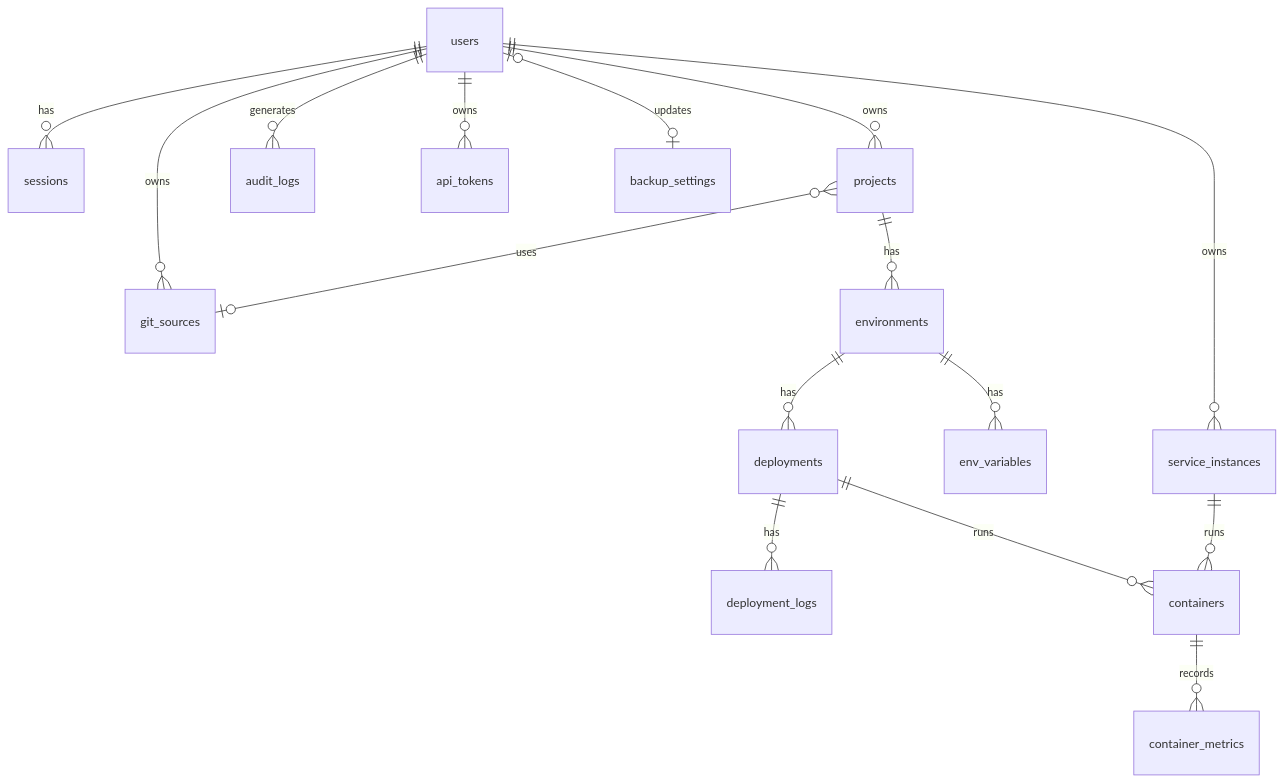
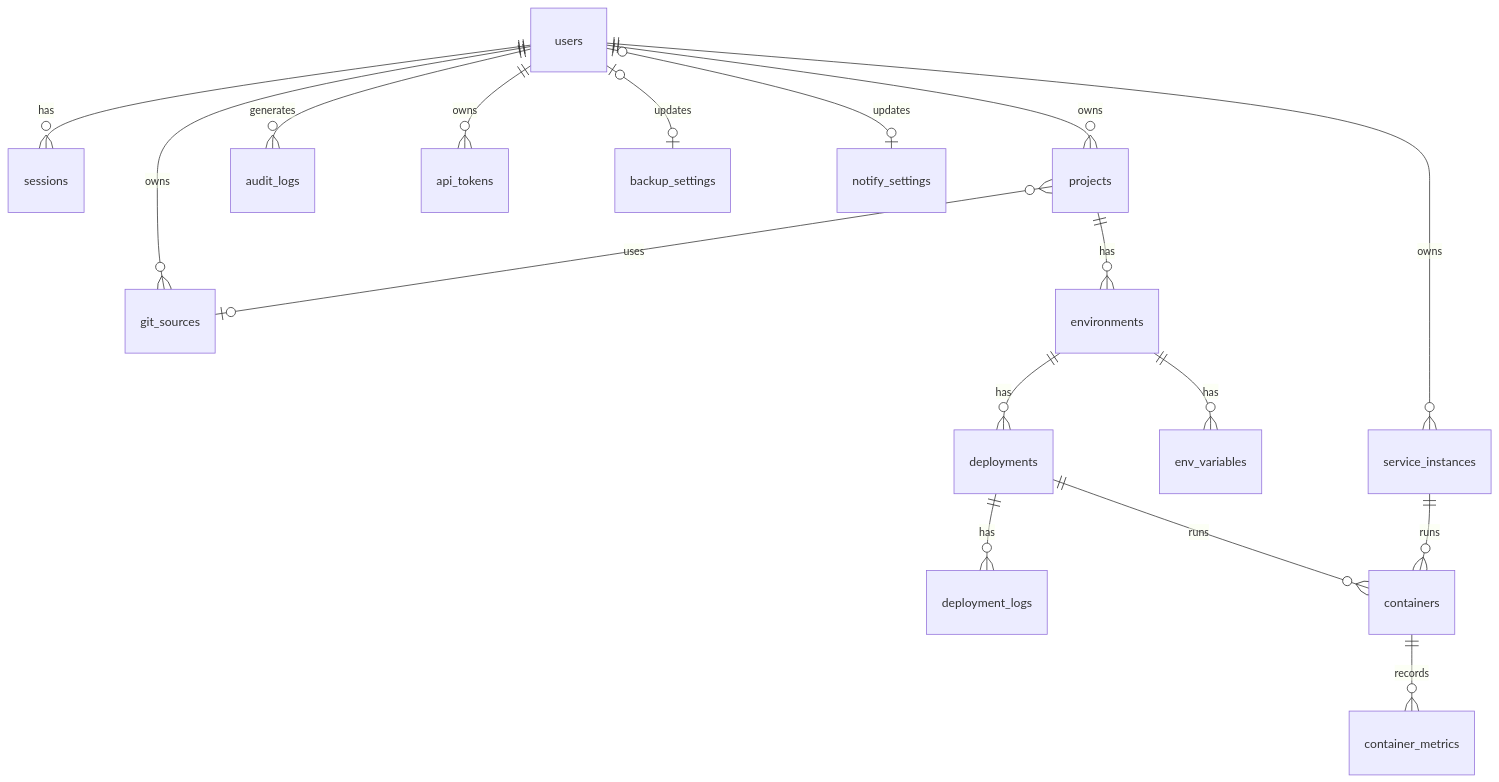
The diagram in docs/reference/database-schema.md (raythurman2386/goforge), drawn with Mermaid before and after one commit. The commit also changed other lines of this file and 41 other files, not shown here.

````diff
--- a/docs/reference/database-schema.md
+++ b/docs/reference/database-schema.md
@@ -11,18 +11,19 @@
 ```mermaid
 erDiagram
     users ||--o{ sessions : has
     users ||--o{ git_sources : owns
     users ||--o{ projects : owns
     users ||--o{ service_instances : owns
     users ||--o{ audit_logs : generates
     users ||--o{ api_tokens : owns
     users |o--o| backup_settings : updates
+    users |o--o| notify_settings : updates
     projects ||--o{ environments : has
     projects }o--o| git_sources : uses
     environments ||--o{ env_variables : has
     environments ||--o{ deployments : has
     deployments ||--o{ deployment_logs : has
     deployments ||--o{ containers : runs
     service_instances ||--o{ containers : runs
     containers ||--o{ container_metrics : records
 ```
````
